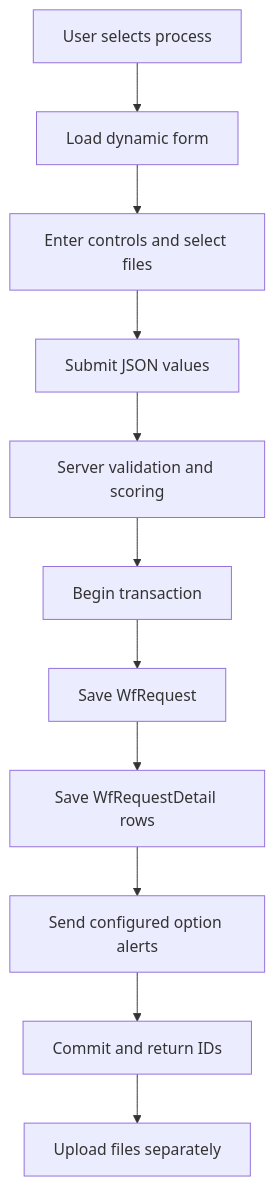
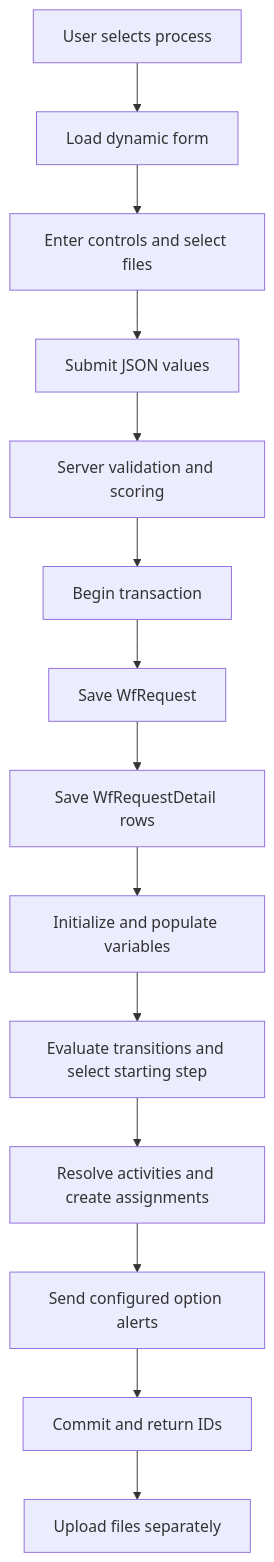
One commit to Omar-Qaid/IAX changed the first of 2 diagrams in IXApi/docs/workflow-request-submission.md. Above: the diagram before and after it, drawn with Mermaid. The commit also changed other lines of this file and 402 other files, not shown here.

````diff
--- a/IXApi/docs/workflow-request-submission.md
+++ b/IXApi/docs/workflow-request-submission.md
@@ -49,13 +67,16 @@
 ```mermaid
 flowchart TD
     A[User selects process] --> B[Load dynamic form]
     B --> C[Enter controls and select files]
     C --> D[Submit JSON values]
     D --> E[Server validation and scoring]
     E --> F[Begin transaction]
     F --> G[Save WfRequest]
     G --> H[Save WfRequestDetail rows]
-    H --> I[Send configured option alerts]
+    H --> V[Initialize and populate variables]
+    V --> R[Evaluate transitions and select starting step]
+    R --> A1[Resolve activities and create assignments]
+    A1 --> I[Send configured option alerts]
     I --> J[Commit and return IDs]
     J --> K[Upload files separately]
 ```
````
